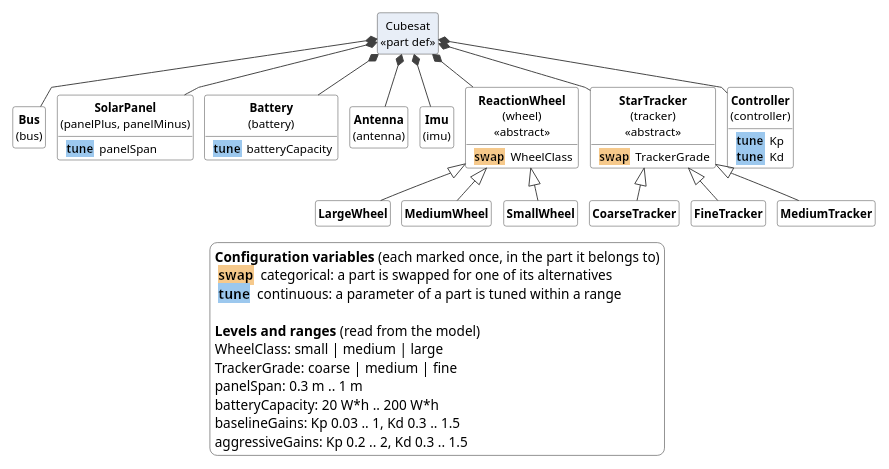
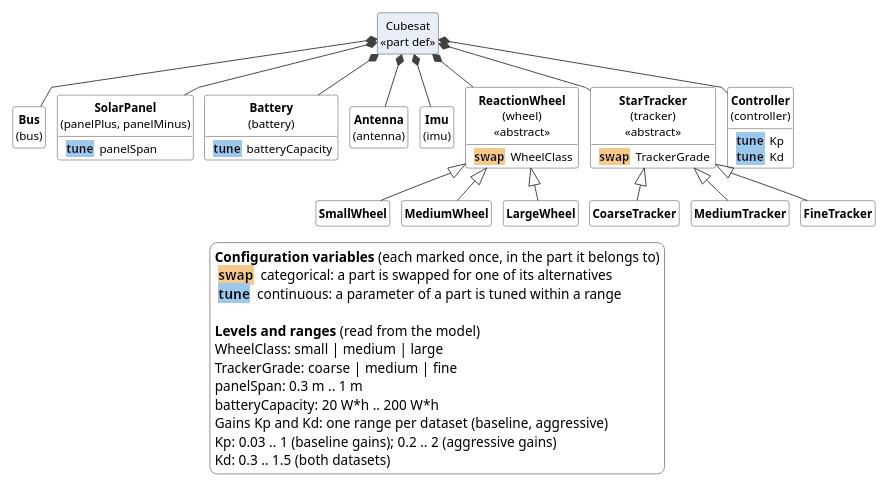
The diagram in docs/superpowers/notes/spike-sysml-diagrams/out/r1/assembly_view.puml (DynamicalSystemsGroup/hyperbolic-trade-space), drawn with PlantUML before and after one commit. The commit also changed 11 other files, not shown here.

```diff
--- a/docs/superpowers/notes/spike-sysml-diagrams/out/r1/assembly_view.puml
+++ b/docs/superpowers/notes/spike-sysml-diagrams/out/r1/assembly_view.puml
@@ -1,87 +1,88 @@
 @startuml
 top to bottom direction
 skinparam linetype polyline
 skinparam shadowing false
 skinparam defaultFontName SansSerif
 skinparam defaultFontSize 12
 skinparam ClassBackgroundColor white
 skinparam ClassBorderColor #404040
 skinparam ClassAttributeIconSize 0
 skinparam ArrowColor #404040
 skinparam RectangleBackgroundColor white
 skinparam RectangleBorderColor #404040
 skinparam PackageBackgroundColor #F7F7F7
 skinparam PackageBorderColor #909090
 skinparam LegendBackgroundColor white
 skinparam LegendBorderColor #909090
 skinparam nodesep 12
 skinparam ranksep 34
 hide circle
 hide empty members
 
 scale 700 width
 
 class "Cubesat\n<<part def>>" as Cubesat #E8EEF7
 class "**Bus**\n(bus)" as Bus {
 }
 class "**SolarPanel**\n(panelPlus, panelMinus)" as SolarPanel {
   <back:#9CC8EE><b> tune </b></back> panelSpan
 }
 class "**Battery**\n(battery)" as Battery {
   <back:#9CC8EE><b> tune </b></back> batteryCapacity
 }
 class "**Antenna**\n(antenna)" as Antenna {
 }
 class "**Imu**\n(imu)" as Imu {
 }
 class "**ReactionWheel**\n(wheel)\n<<abstract>>" as ReactionWheel {
   <back:#F6C98B><b> swap </b></back> WheelClass
 }
 class "**StarTracker**\n(tracker)\n<<abstract>>" as StarTracker {
   <back:#F6C98B><b> swap </b></back> TrackerGrade
 }
 class "**Controller**\n(controller)" as Controller {
   <back:#9CC8EE><b> tune </b></back> Kp
   <back:#9CC8EE><b> tune </b></back> Kd
 }
 Cubesat *-- Bus
 Cubesat *-- SolarPanel
 Cubesat *-- Battery
 Cubesat *-- Antenna
 Cubesat *-- Imu
 Cubesat *-- ReactionWheel
 Cubesat *-- StarTracker
 Cubesat *-- Controller
-class "**LargeWheel**" as LargeWheel {
+class "**SmallWheel**" as SmallWheel {
 }
 class "**MediumWheel**" as MediumWheel {
 }
-class "**SmallWheel**" as SmallWheel {
+class "**LargeWheel**" as LargeWheel {
 }
 class "**CoarseTracker**" as CoarseTracker {
 }
+class "**MediumTracker**" as MediumTracker {
+}
 class "**FineTracker**" as FineTracker {
 }
-class "**MediumTracker**" as MediumTracker {
-}
+ReactionWheel <|-- SmallWheel
+ReactionWheel <|-- MediumWheel
 ReactionWheel <|-- LargeWheel
-ReactionWheel <|-- MediumWheel
-ReactionWheel <|-- SmallWheel
 StarTracker <|-- CoarseTracker
+StarTracker <|-- MediumTracker
 StarTracker <|-- FineTracker
-StarTracker <|-- MediumTracker
 
 legend bottom
   **Configuration variables** (each marked once, in the part it belongs to)
   <back:#F6C98B><b> swap </b></back> categorical: a part is swapped for one of its alternatives
   <back:#9CC8EE><b> tune </b></back> continuous: a parameter of a part is tuned within a range
   
   **Levels and ranges** (read from the model)
   WheelClass: small | medium | large
   TrackerGrade: coarse | medium | fine
   panelSpan: 0.3 m .. 1 m
   batteryCapacity: 20 W*h .. 200 W*h
-  baselineGains: Kp 0.03 .. 1, Kd 0.3 .. 1.5
-  aggressiveGains: Kp 0.2 .. 2, Kd 0.3 .. 1.5
+  Gains Kp and Kd: one range per dataset (baseline, aggressive)
+  Kp: 0.03 .. 1 (baseline gains); 0.2 .. 2 (aggressive gains)
+  Kd: 0.3 .. 1.5 (both datasets)
 end legend
 @enduml
```
